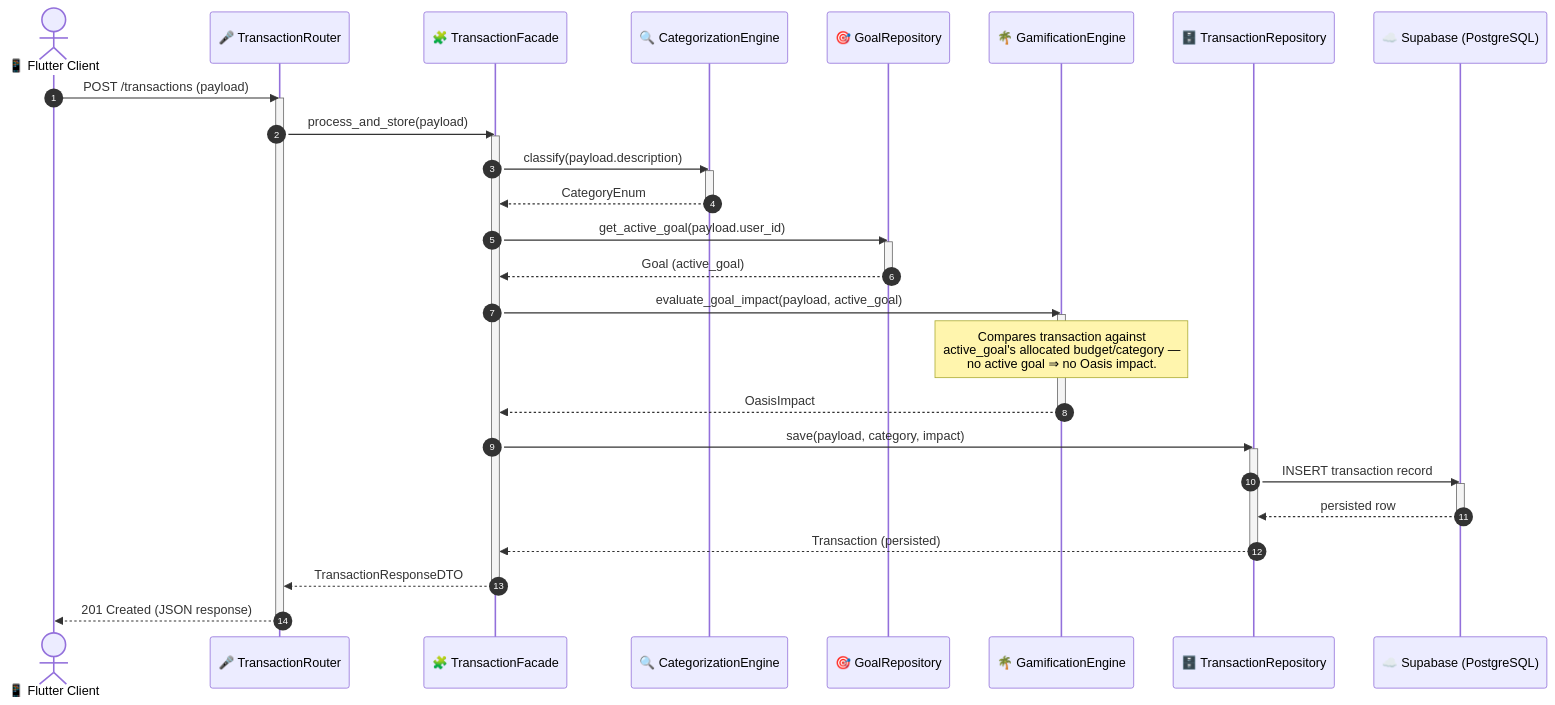
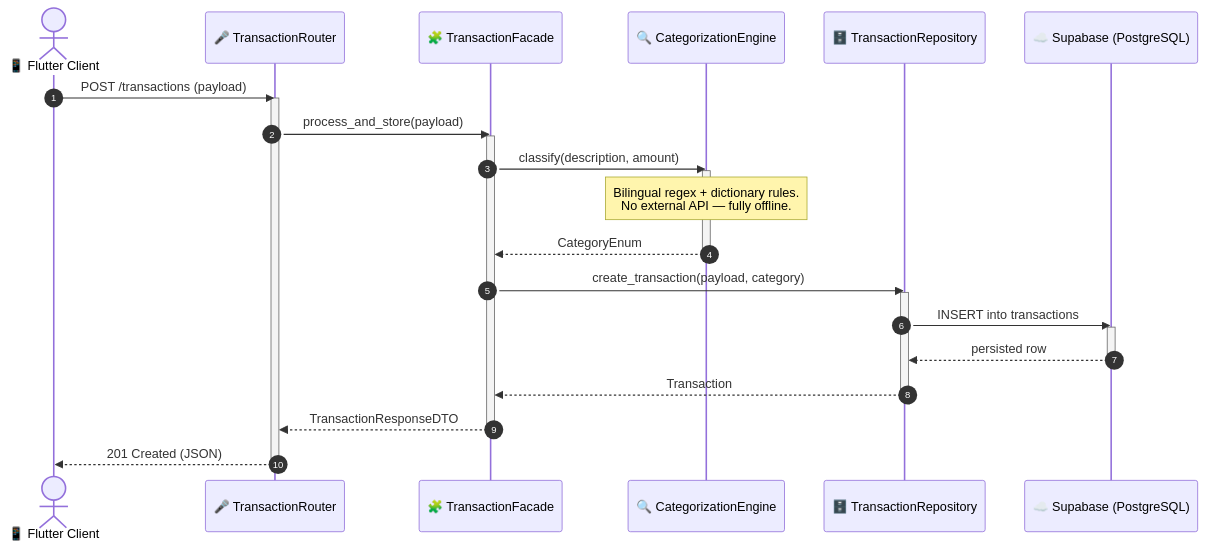
The fourth of 5 diagrams in ARCHITECTURE.md (Alanoud-Aloraydi/Athar-Fintech), drawn with Mermaid before and after one commit. The commit also changed other lines of this file and 1 other file, not shown here.

First line of the commit message:
Update architecture documentation with expanded details

````diff
--- a/ARCHITECTURE.md
+++ b/ARCHITECTURE.md
@@ -214,47 +309,35 @@
 ```mermaid
 sequenceDiagram
     autonumber
     actor Client as 📱 Flutter Client
     participant Router as 🎤 TransactionRouter
     participant Facade as 🧩 TransactionFacade
     participant CatEngine as 🔍 CategorizationEngine
-    participant GoalRepo as 🎯 GoalRepository
-    participant GamEngine as 🌴 GamificationEngine
     participant Repo as 🗄️ TransactionRepository
     participant DB as ☁️ Supabase (PostgreSQL)
 
     Client->>Router: POST /transactions (payload)
     activate Router
     Router->>Facade: process_and_store(payload)
     activate Facade
 
-    Facade->>CatEngine: classify(payload.description)
+    Facade->>CatEngine: classify(description, amount)
     activate CatEngine
+    Note over CatEngine: Bilingual regex + dictionary rules.<br/>No external API — fully offline.
     CatEngine-->>Facade: CategoryEnum
     deactivate CatEngine
 
-    Facade->>GoalRepo: get_active_goal(payload.user_id)
-    activate GoalRepo
-    GoalRepo-->>Facade: Goal (active_goal)
-    deactivate GoalRepo
-
-    Facade->>GamEngine: evaluate_goal_impact(payload, active_goal)
-    activate GamEngine
-    Note over GamEngine: Compares transaction against<br/>active_goal's allocated budget/category —<br/>no active goal ⇒ no Oasis impact.
-    GamEngine-->>Facade: OasisImpact
-    deactivate GamEngine
-
-    Facade->>Repo: save(payload, category, impact)
+    Facade->>Repo: create_transaction(payload, category)
     activate Repo
-    Repo->>DB: INSERT transaction record
+    Repo->>DB: INSERT into transactions
     activate DB
     DB-->>Repo: persisted row
     deactivate DB
-    Repo-->>Facade: Transaction (persisted)
+    Repo-->>Facade: Transaction
     deactivate Repo
 
     Facade-->>Router: TransactionResponseDTO
     deactivate Facade
-    Router-->>Client: 201 Created (JSON response)
+    Router-->>Client: 201 Created (JSON)
     deactivate Router
 ```
````
